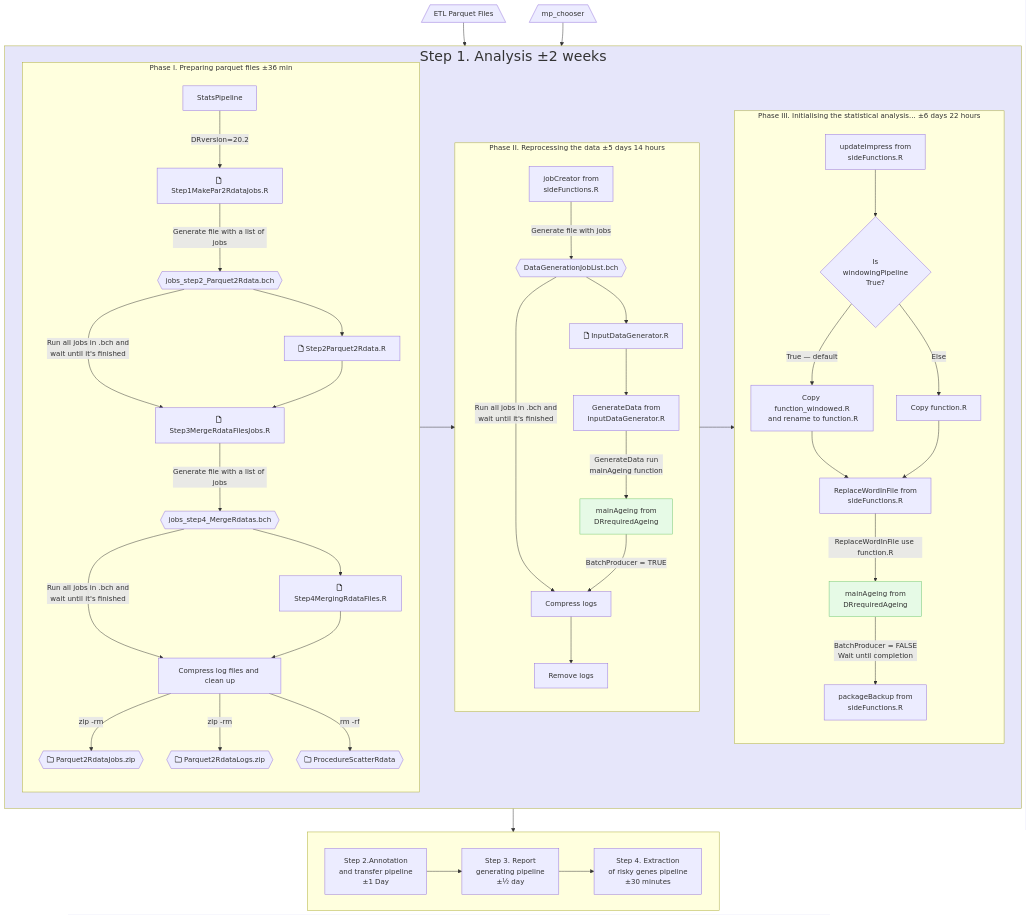
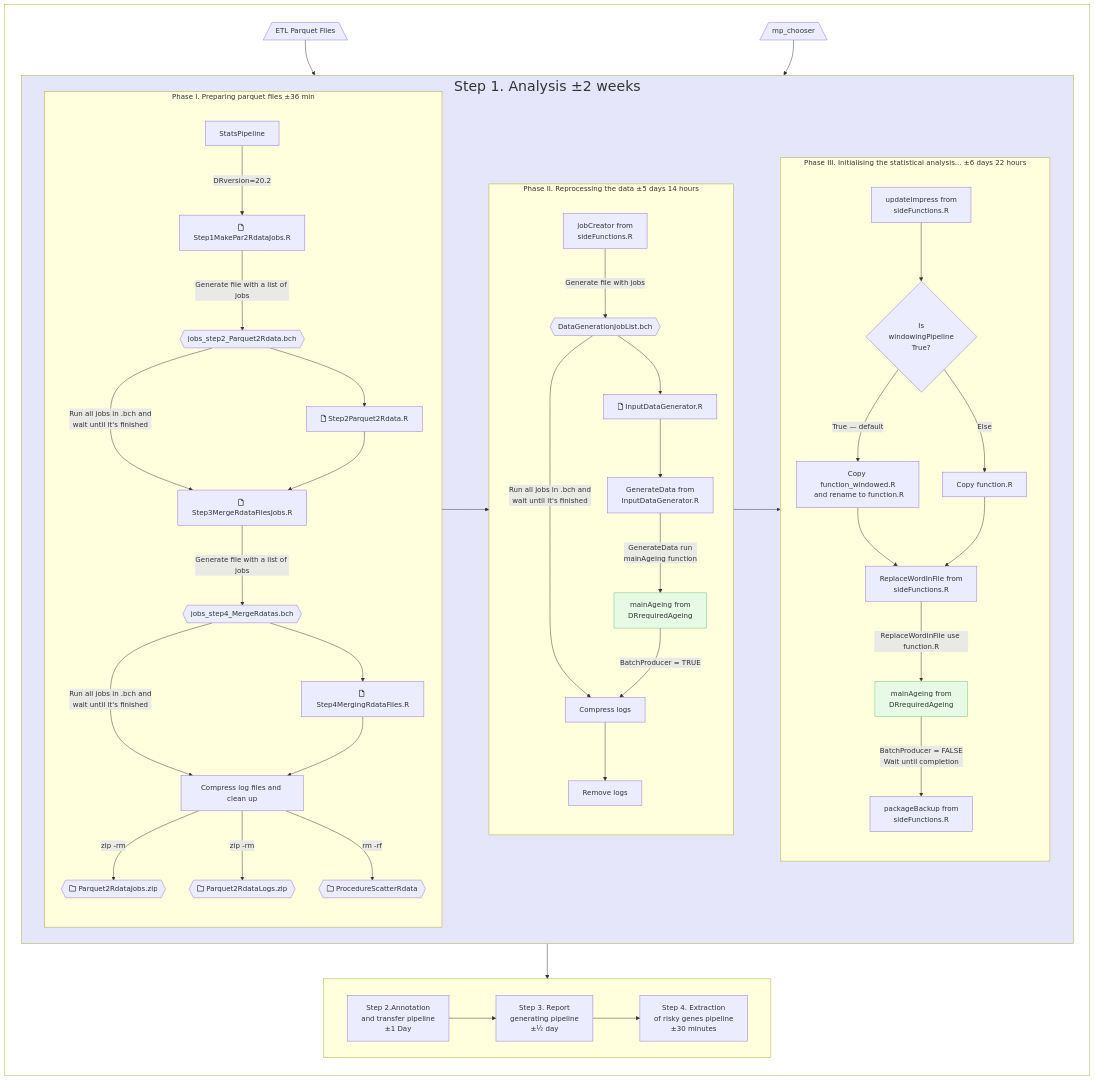
Before and after one commit to mpi2/impc_stats_pipeline: the diagram in README.md, drawn with Mermaid.

Commit message:
Fix flowchart rendering

````diff
--- a/README.md
+++ b/README.md
@@ -10,62 +10,71 @@
 ```mermaid
-%%{init: {
-    "theme": "default",
-    "themeVariables": {
-        "fontSize": "15px"
+%%{
+    init: {
+        "theme": "default",
+        "themeVariables": {
+            "fontSize": "15px"
         },
-    'sequence': {'useMaxWidth':false} } }%%
+        "sequence": {
+            "useMaxWidth": false
+        }
+    }
+}%%
 flowchart TB
-    subgraph stats_pipeline [Step 1. Analysis ±2 weeks]
-    style stats_pipeline fill:#E6E6FA
-    style main_ageing fill:#E6FAE6,stroke:#6FC56D
-    style main_ageing_phase3 fill:#E6FAE6,stroke:#6FC56D
-    direction LR
-        subgraph phase1 [Phase I. Preparing parquet files ±36 min]
-            direction TB
-            inputStatsPipeline[StatsPipeline]-->|DRversion=20.2| step1[far:fa-file Step1MakePar2RdataJobs.R]
-            step1 --> |Generate file with a list of jobs| step2_parquet2rdata{{jobs_step2_Parquet2Rdata.bch}}
-            step2_parquet2rdata --> step2[far:fa-file Step2Parquet2Rdata.R] 
-            step2_parquet2rdata --> |Run all jobs in .bch and \nwait until it's finished| step3[far:fa-file Step3MergeRdataFilesJobs.R]
-            step2 --> step3
-            step3 --> |Generate file with a list of jobs| step4_merge_rdatas{{jobs_step4_MergeRdatas.bch}}
-            step4_merge_rdatas --> step4[far:fa-file Step4MergingRdataFiles.R] 
-            step4_merge_rdatas --> |Run all jobs in .bch and \nwait until it's finished| compress_cleaning[Compress log files and clean up]
-            step4 --> compress_cleaning
-            compress_cleaning --> |zip -rm| parquet_to_rdata_jobs{{far:fa-folder Parquet2RdataJobs.zip}}
-            compress_cleaning --> |zip -rm| parquet_to_rdata_logs{{far:fa-folder Parquet2RdataLogs.zip}}
-            compress_cleaning --> |rm -rf| procedure_scatter_data{{far:fa-folder ProcedureScatterRdata}}
+    subgraph container[ ]
+    style container fill:#ffffff
+    direction TB
+        subgraph stats_pipeline ["Step 1. Analysis ±2 weeks"]
+            style stats_pipeline fill:#E6E6FA
+            style main_ageing fill:#E6FAE6,stroke:#6FC56D
+            style main_ageing_phase3 fill:#E6FAE6,stroke:#6FC56D
+            direction LR
+            subgraph phase1 ["Phase I. Preparing parquet files ±36 min"]
+                direction TB
+                inputStatsPipeline[StatsPipeline]-->|DRversion=20.2| step1[far:fa-file Step1MakePar2RdataJobs.R]
+                step1 --> |Generate file with a list of jobs| step2_parquet2rdata{{jobs_step2_Parquet2Rdata.bch}}
+                step2_parquet2rdata --> step2[far:fa-file Step2Parquet2Rdata.R] 
+                step2_parquet2rdata --> |Run all jobs in .bch and \nwait until it's finished| step3[far:fa-file Step3MergeRdataFilesJobs.R]
+                step2 --> step3
+                step3 --> |Generate file with a list of jobs| step4_merge_rdatas{{jobs_step4_MergeRdatas.bch}}
+                step4_merge_rdatas --> step4[far:fa-file Step4MergingRdataFiles.R] 
+                step4_merge_rdatas --> |Run all jobs in .bch and \nwait until it's finished| compress_cleaning[Compress log files and clean up]
+                step4 --> compress_cleaning
+                compress_cleaning --> |zip -rm| parquet_to_rdata_jobs{{far:fa-folder Parquet2RdataJobs.zip}}
+                compress_cleaning --> |zip -rm| parquet_to_rdata_logs{{far:fa-folder Parquet2RdataLogs.zip}}
+                compress_cleaning --> |rm -rf| procedure_scatter_data{{far:fa-folder ProcedureScatterRdata}}
+            end
+            subgraph phase2 ["Phase II. Reprocessing the data ±5 days 14 hours"]
+                direction TB
+                job_creator[jobCreator from\nsideFunctions.R] --> |Generate file with jobs| data_generation_job_list{{DataGenerationJobList.bch}}
+                data_generation_job_list --> input_data_generator[far:fa-file InputDataGenerator.R]
+                data_generation_job_list --> |Run all jobs in .bch and \nwait until it's finished| compress_logs[Compress logs]
+                input_data_generator --> generate_data[GenerateData from\nInputDataGenerator.R] 
+                generate_data --> |GenerateData run\nmainAgeing function| main_ageing[mainAgeing from\nDRrequiredAgeing]
+                main_ageing --> |BatchProducer = TRUE| compress_logs
+                compress_logs --> remove_logs[Remove logs]
+            end
+            subgraph phase3 ["Phase III. Initialising the statistical analysis... ±6 days 22 hours"]
+                direction TB
+                update_impress[updateImpress from\nsideFunctions.R] --> windowing_pipeline{Is\nwindowingPipeline\nTrue?}
+                windowing_pipeline --> |"True — default"| window_true[Copy function_windowed.R\n and rename to function.R]
+                windowing_pipeline --> |Else| window_else[Copy function.R]
+                window_true --> replace_word[ReplaceWordInFile from\nsideFunctions.R]
+                window_else --> replace_word
+                replace_word --> |ReplaceWordInFile use function.R| main_ageing_phase3[mainAgeing from\nDRrequiredAgeing]
+                main_ageing_phase3 --> |BatchProducer = FALSE\nWait until completion| package_backup[packageBackup from\nsideFunctions.R]
+            end
         end
-        subgraph phase2 [Phase II. Reprocessing the data ±5 days 14 hours]
-            direction TB
-            job_creator[jobCreator from\nsideFunctions.R] --> |Generate file with jobs| data_generation_job_list{{DataGenerationJobList.bch}}
-            data_generation_job_list --> input_data_generator[far:fa-file InputDataGenerator.R]
-            data_generation_job_list --> |Run all jobs in .bch and \nwait until it's finished| compress_logs[Compress logs]
-            input_data_generator --> generate_data[GenerateData from\nInputDataGenerator.R] 
-            generate_data --> |GenerateData run\nmainAgeing function| main_ageing[mainAgeing from\nDRrequiredAgeing]
-            main_ageing --> |BatchProducer = TRUE| compress_logs
-            compress_logs --> remove_logs[Remove logs]
+        subgraph further_steps[ ]
+            direction LR
+            annotation["Step 2.Annotation\nand transfer pipeline\n±1 Day"] --> report["Step 3. Report\ngenerating pipeline\n±½ day"]
+            report --> risky["Step 4. Extraction\nof risky genes pipeline\n±30 minutes"]
         end
-        subgraph phase3 [Phase III. Initialising the statistical analysis... ±6 days 22 hours]
-            direction TB
-            update_impress[updateImpress from\nsideFunctions.R] --> windowing_pipeline{Is\nwindowingPipeline\nTrue?}
-            windowing_pipeline --> |True — default| window_true[Copy function_windowed.R\n and rename to function.R]
-            windowing_pipeline --> |Else| window_else[Copy function.R]
-            window_true --> replace_word[ReplaceWordInFile from\nsideFunctions.R]
-            window_else --> replace_word
-            replace_word --> |ReplaceWordInFile use function.R| main_ageing_phase3[mainAgeing from\nDRrequiredAgeing]
-            main_ageing_phase3 --> |BatchProducer = FALSE\nWait until completion| package_backup[packageBackup from\nsideFunctions.R]
-        end
+        input[/ETL Parquet Files\] --> stats_pipeline --> further_steps
+        mp_chooser[/mp_chooser\] --> stats_pipeline
+        phase1 --> phase2
+        phase2 --> phase3
     end
-    subgraph further_steps[ ]
-        direction LR
-        annotation[Step 2.Annotation\nand transfer pipeline\n±1 Day] --> report[Step 3. Report\ngenerating pipeline\n±½ day]
-        report --> risky[Step 4. Extraction\nof risky genes pipeline\n±30 minutes]
-    end
-    input[/ETL Parquet Files\] --> stats_pipeline --> further_steps
-    mp_chooser[/mp_chooser\] --> stats_pipeline
-    phase1 --> phase2
-    phase2 --> phase3
 
     classDef title font-size:30px
     class stats_pipeline title
 ```
````
